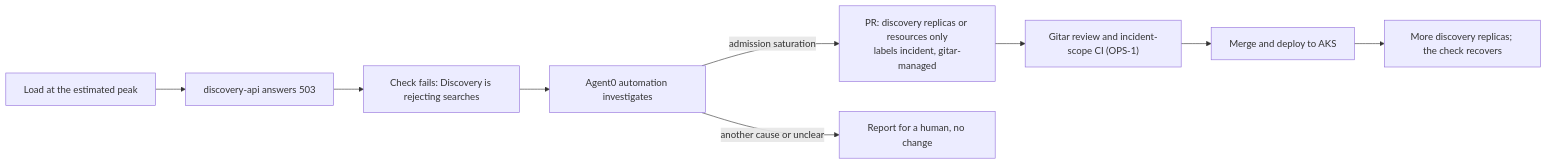
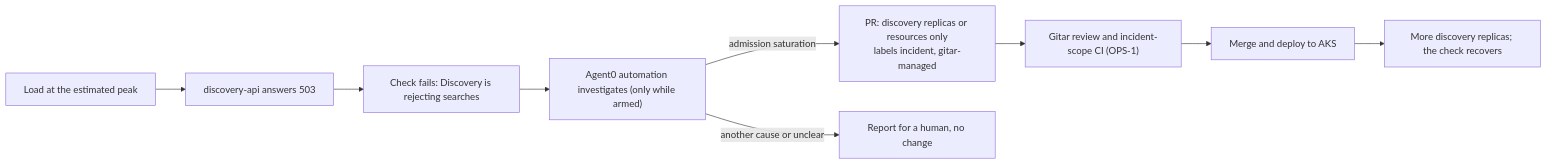
Before and after one commit to DSavaliya-Labs/conferenceops-ai: the diagram in observability/dash0/README.md, drawn with Mermaid. The commit also changed other lines of this file and 8 other files, not shown here.

````diff
--- a/observability/dash0/README.md
+++ b/observability/dash0/README.md
@@ -23,11 +23,11 @@
 ```mermaid
 flowchart LR
   L["Load at the estimated peak"] --> D["discovery-api answers 503"]
   D --> C["Check fails: Discovery is rejecting searches"]
-  C --> A["Agent0 automation investigates"]
+  C --> A["Agent0 automation investigates (only while armed)"]
   A -->|"admission saturation"| P["PR: discovery replicas or resources only<br/>labels incident, gitar-managed"]
   A -->|"another cause or unclear"| H["Report for a human, no change"]
   P --> G["Gitar review and incident-scope CI (OPS-1)"]
   G --> M["Merge and deploy to AKS"]
   M --> R["More discovery replicas; the check recovers"]
 ```
````
